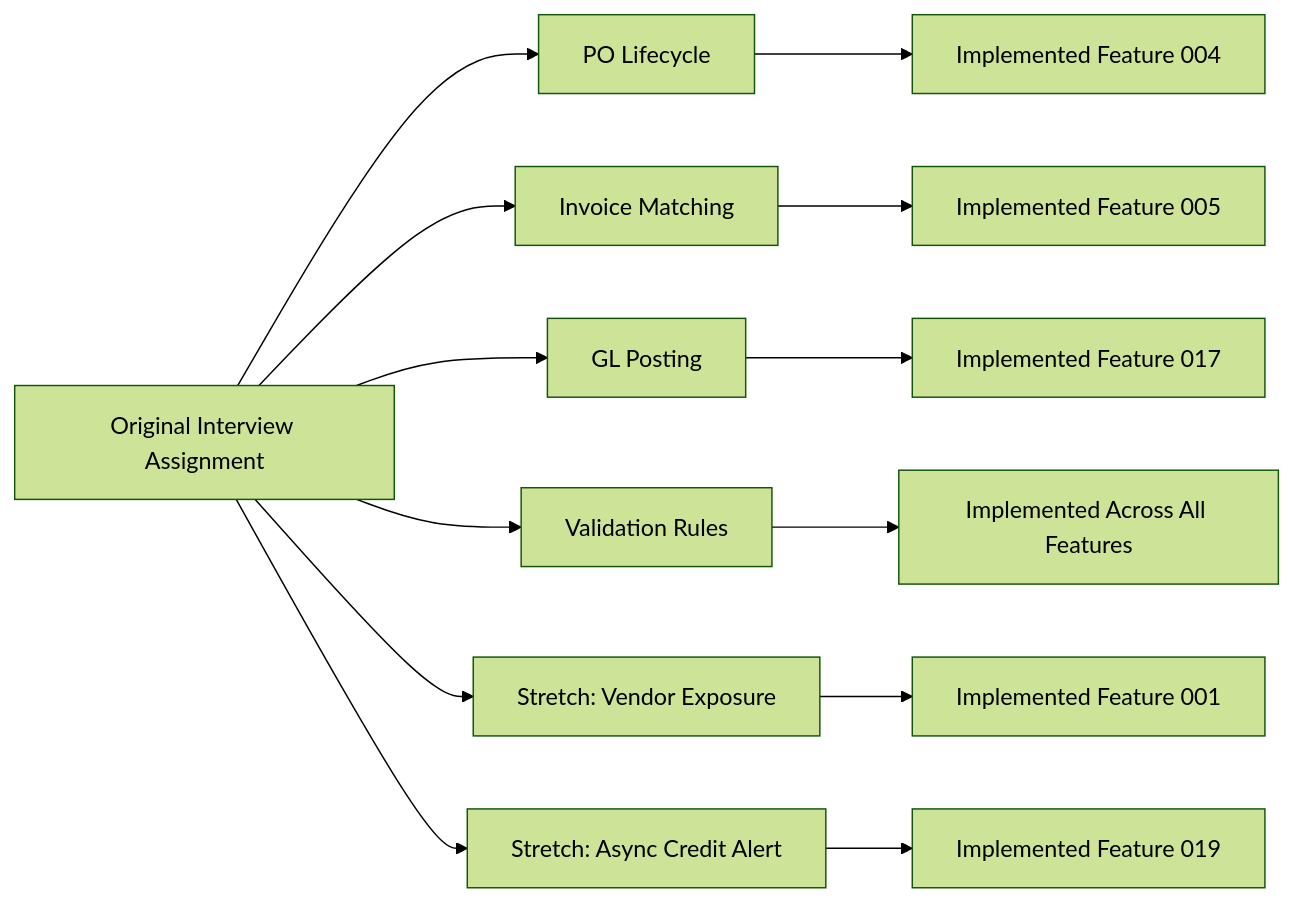
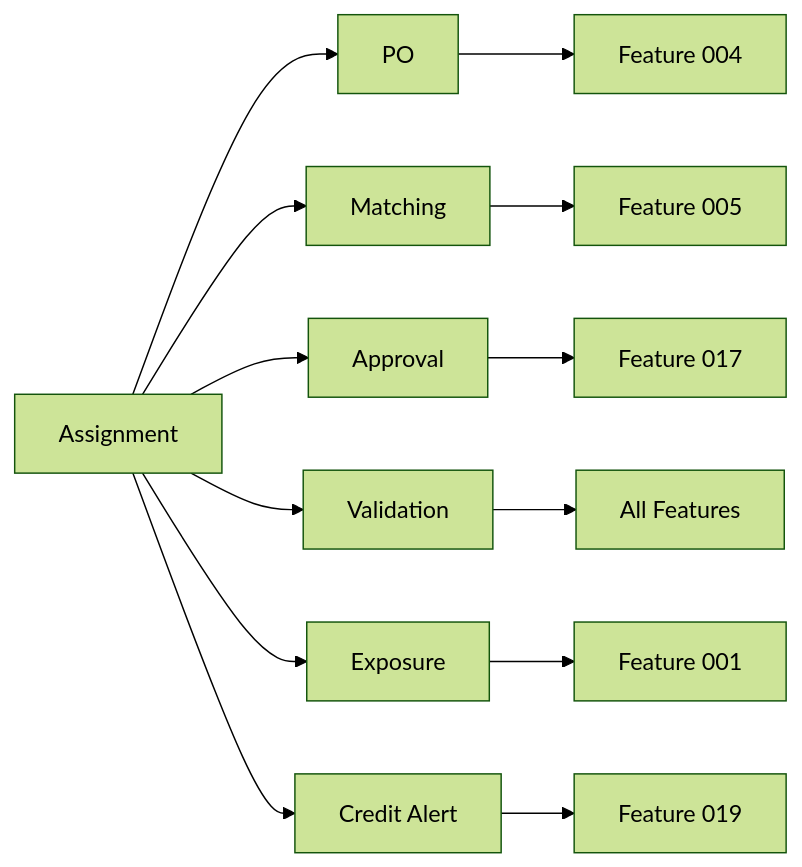
Before and after one commit to dotnetspark/p2p-api: the first of 7 diagrams in README.md, drawn with Mermaid (forest theme). The commit also changed other lines of this file and 1 other file, not shown here.

Commit message:
fix(readme): simplify first Mermaid flowcharts (#28)

````diff
--- a/README.md
+++ b/README.md
@@ -43,15 +43,15 @@
 ```mermaid
 flowchart LR
-    A[Original Interview Assignment] --> B[PO Lifecycle]
-    A --> C[Invoice Matching]
-    A --> D[GL Posting]
-    A --> E[Validation Rules]
-    A --> F[Stretch: Vendor Exposure]
-    A --> G[Stretch: Async Credit Alert]
-    B --> H[Implemented Feature 004]
-    C --> I[Implemented Feature 005]
-    D --> J[Implemented Feature 017]
-    E --> K[Implemented Across All Features]
-    F --> L[Implemented Feature 001]
-    G --> M[Implemented Feature 019]
+  A[Assignment] --> B[PO]
+  A --> C[Matching]
+  A --> D[Approval]
+  A --> E[Validation]
+  A --> F[Exposure]
+  A --> G[Credit Alert]
+  B --> H[Feature 004]
+  C --> I[Feature 005]
+  D --> J[Feature 017]
+  E --> K[All Features]
+  F --> L[Feature 001]
+  G --> M[Feature 019]
 ```
````
